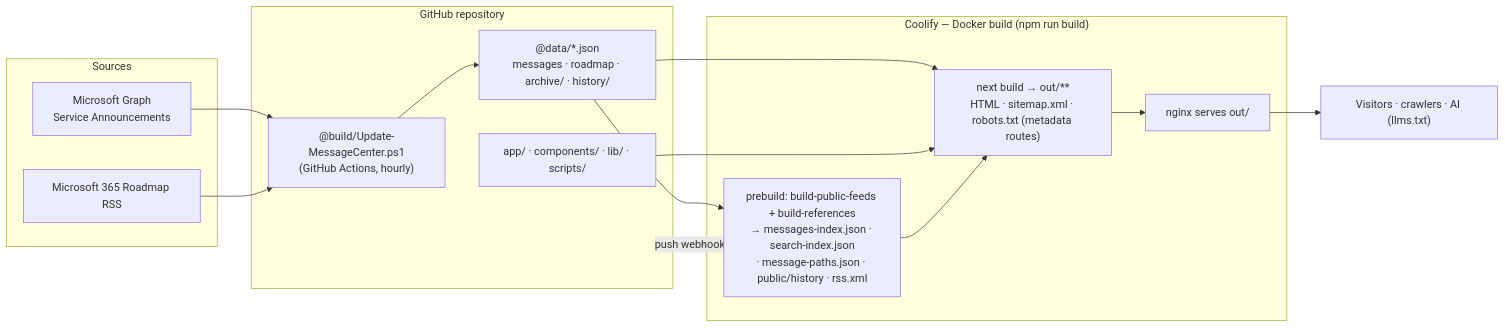
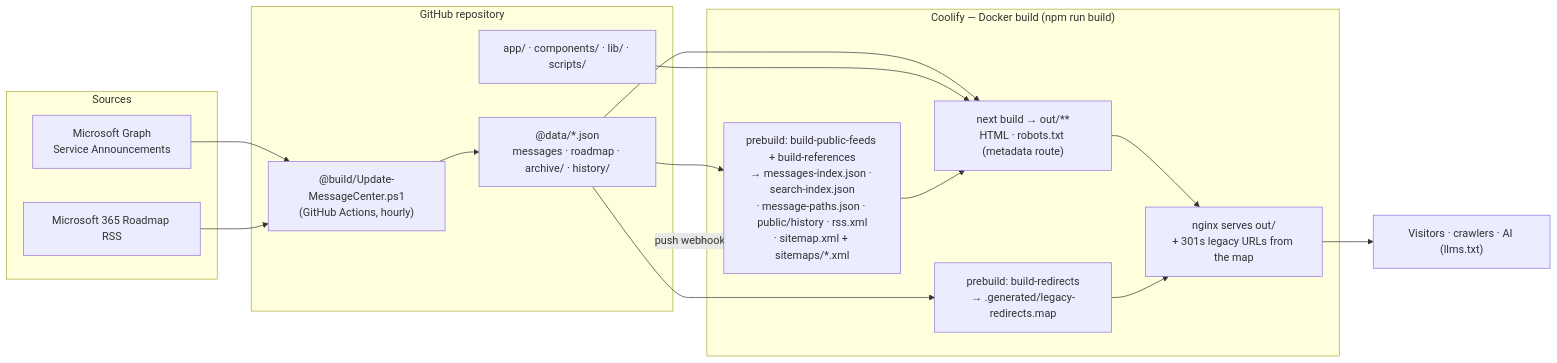
One commit to cengizyilmaz1/MSMessageCenter changed the first of 4 diagrams in README.md. Above: the diagram before and after it, drawn with Mermaid. The commit also changed other lines of this file and 25 other files, not shown here.

Commit message:
Restore legacy URLs, segment the sitemap, paginate service hubs

````diff
--- a/README.md
+++ b/README.md
@@ -28,32 +35,35 @@
 ```mermaid
 flowchart LR
   subgraph Sources["Sources"]
     Graph["Microsoft Graph<br/>Service Announcements"]
     RoadmapFeed["Microsoft 365 Roadmap RSS"]
   end
 
   subgraph GitHub["GitHub repository"]
     UpdateScript["@build/Update-MessageCenter.ps1<br/>(GitHub Actions, hourly)"]
     DataStore["@data/*.json<br/>messages · roadmap · archive/ · history/"]
     Code["app/ · components/ · lib/ · scripts/"]
   end
 
   subgraph Coolify["Coolify — Docker build (npm run build)"]
-    FeedBuilder["prebuild: build-public-feeds + build-references<br/>→ messages-index.json · search-index.json<br/>· message-paths.json · public/history · rss.xml"]
-    NextBuild["next build → out/**<br/>HTML · sitemap.xml · robots.txt (metadata routes)"]
-    Nginx["nginx serves out/"]
+    FeedBuilder["prebuild: build-public-feeds + build-references<br/>→ messages-index.json · search-index.json<br/>· message-paths.json · public/history · rss.xml<br/>· sitemap.xml + sitemaps/*.xml"]
+    RedirectBuilder["prebuild: build-redirects<br/>→ .generated/legacy-redirects.map"]
+    NextBuild["next build → out/**<br/>HTML · robots.txt (metadata route)"]
+    Nginx["nginx serves out/<br/>+ 301s legacy URLs from the map"]
   end
 
   Consumer["Visitors · crawlers · AI (llms.txt)"]
 
   Graph --> UpdateScript
   RoadmapFeed --> UpdateScript
   UpdateScript --> DataStore
   DataStore --> FeedBuilder
+  DataStore --> RedirectBuilder
   DataStore --> NextBuild
   Code --> NextBuild
   FeedBuilder --> NextBuild
   NextBuild --> Nginx
+  RedirectBuilder --> Nginx
   GitHub -->|"push webhook"| Coolify
   Nginx --> Consumer
 ```
````
